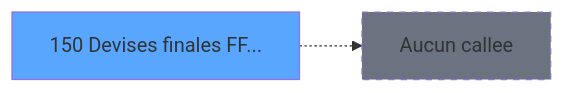
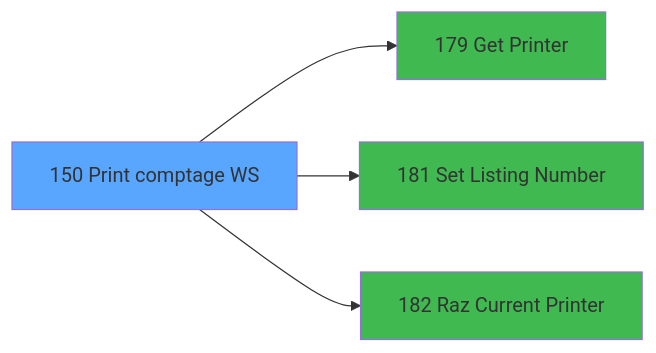
Before and after one commit to thonyAGP/lecteur-magic: the third of 3 diagrams in .openspec/specs/ADH-IDE-150.md, drawn with Mermaid. The commit also changed other lines of this file and 493 other files, not shown here.

````diff
--- a/.openspec/specs/ADH-IDE-150.md
+++ b/.openspec/specs/ADH-IDE-150.md
@@ -168,8 +487,14 @@
 ```mermaid
 graph LR
-    T150[150 Devises finales FF...]
+    T150[150 Print comptage WS]
     style T150 fill:#58a6ff
-    NONE[Aucun callee]
-    T150 -.-> NONE
-    style NONE fill:#6b7280,stroke-dasharray: 5 5
+    C179[179 Get Printer]
+    T150 --> C179
+    style C179 fill:#3fb950
+    C181[181 Set Listing Number]
+    T150 --> C181
+    style C181 fill:#3fb950
+    C182[182 Raz Current Printer]
+    T150 --> C182
+    style C182 fill:#3fb950
 ```
````
